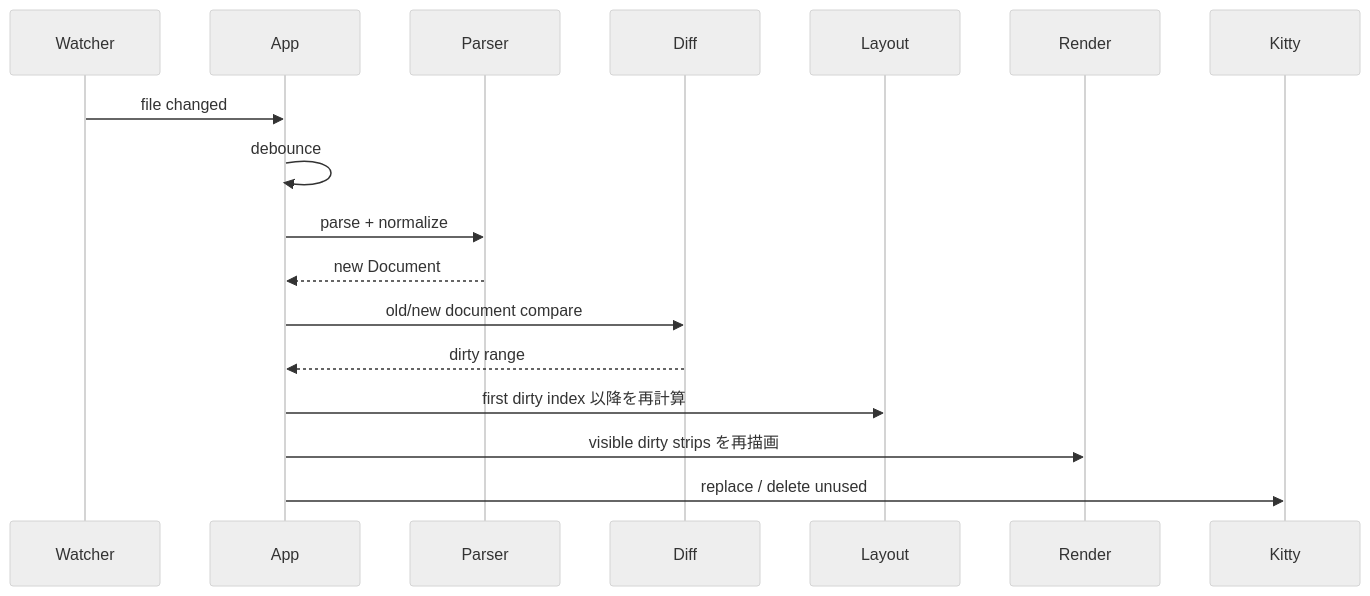
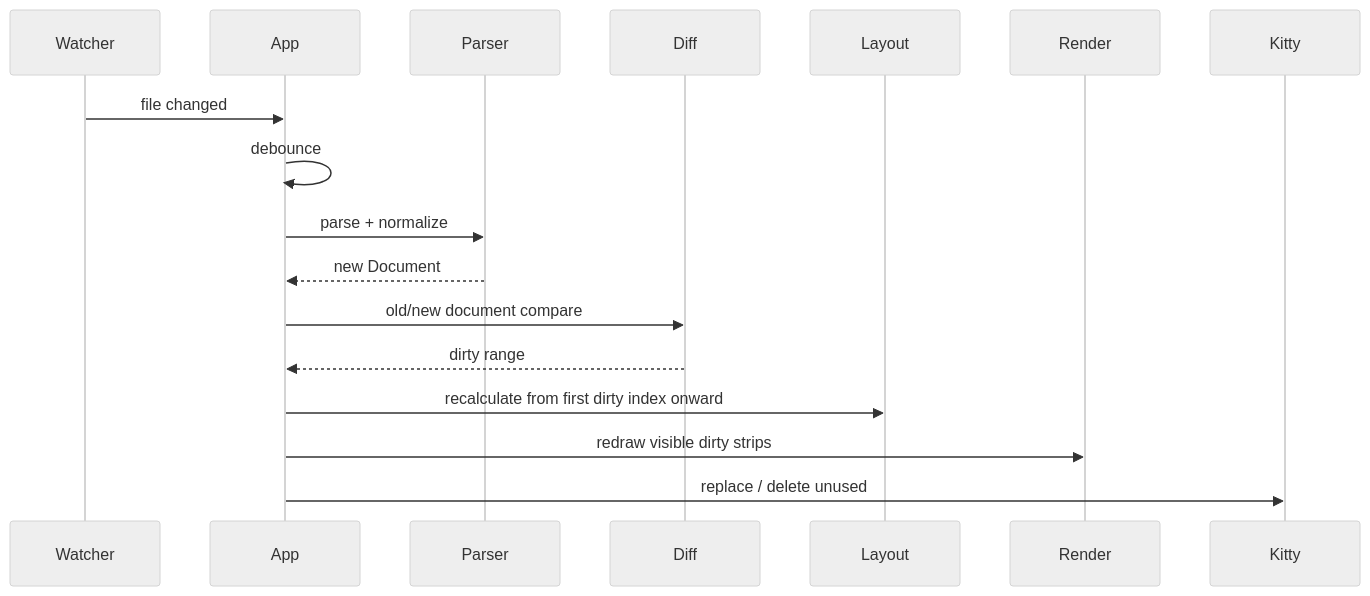
The fifth of 9 diagrams in docs/plan/init.md (posaune0423/mdv), drawn with Mermaid (neutral theme) before and after one commit. The commit also changed other lines of this file and 17 other files, not shown here.

````diff
--- a/docs/plan/init.md
+++ b/docs/plan/init.md
@@ -230,20 +230,20 @@
 ```mermaid
 sequenceDiagram
     participant Watcher
     participant App
     participant Parser
     participant Diff
     participant Layout
     participant Render
     participant Kitty
 
     Watcher->>App: file changed
     App->>App: debounce
     App->>Parser: parse + normalize
     Parser-->>App: new Document
     App->>Diff: old/new document compare
     Diff-->>App: dirty range
-    App->>Layout: first dirty index 以降を再計算
-    App->>Render: visible dirty strips を再描画
+    App->>Layout: recalculate from first dirty index onward
+    App->>Render: redraw visible dirty strips
     App->>Kitty: replace / delete unused
 ```
````
